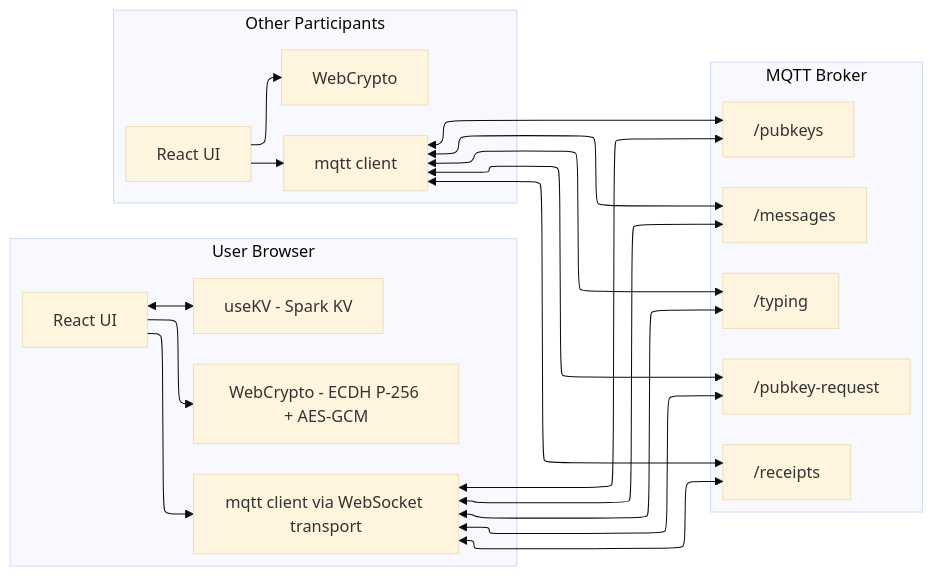
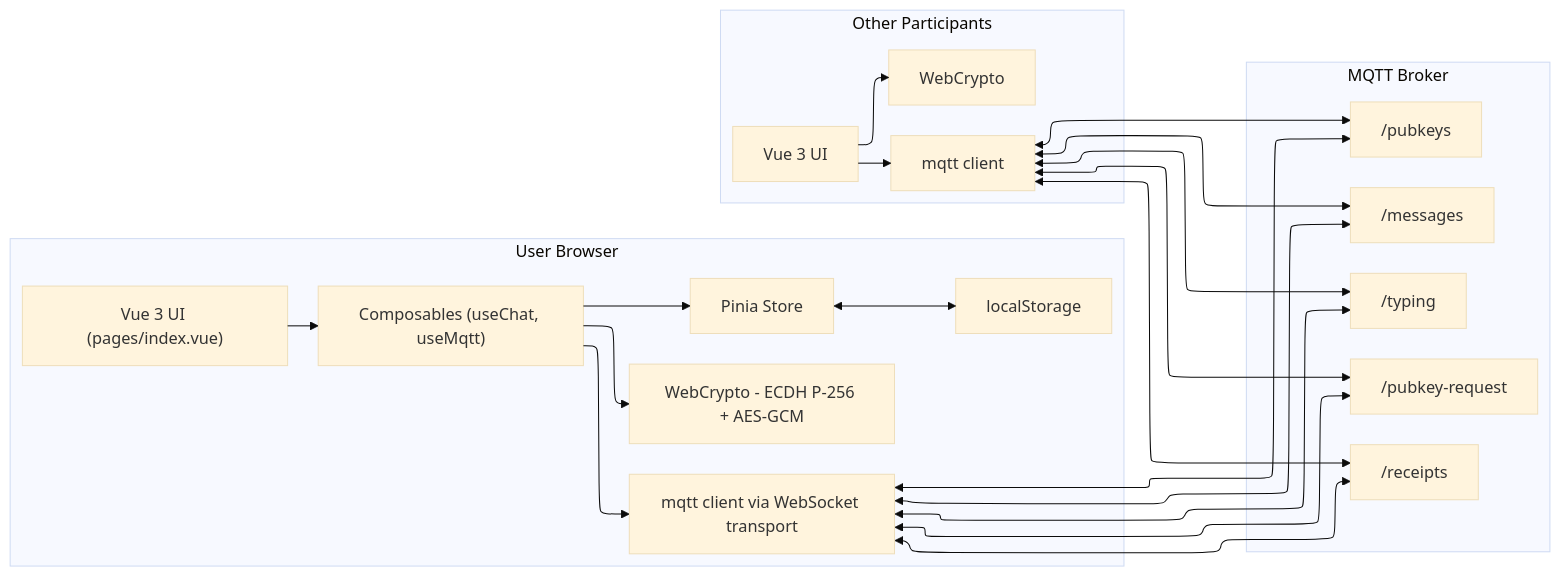
Before and after one commit to daveio/chat: the fourth of 5 diagrams in .github/copilot-instructions.md, drawn with Mermaid (base theme). The commit also changed other lines of this file, not shown here.

First line of the commit message:
📝 (.github): update copilot instructions for Nuxt/Vue architecture

````diff
--- a/.github/copilot-instructions.md
+++ b/.github/copilot-instructions.md
@@ -577,31 +604,35 @@
 ```mermaid
 ---
 config:
   layout: elk
 id: e423e91c-58d1-4d5e-9bf1-812d33e9d598
 ---
 flowchart LR
  subgraph Browser["User Browser"]
-        UI["React UI"]
-        KV["useKV - Spark KV"]
+        UI["Vue 3 UI (pages/index.vue)"]
+        Store["Pinia Store"]
+        Composables["Composables (useChat, useMqtt)"]
         Crypto["WebCrypto - ECDH P-256 + AES-GCM"]
         MQTTClient["mqtt client via WebSocket transport"]
+        Storage["localStorage"]
   end
  subgraph Broker["MQTT Broker"]
         T1["/messages"]
         T2["/typing"]
         T3["/pubkeys"]
         T4["/pubkey-request"]
         T5["/receipts"]
   end
  subgraph OtherBrowsers["Other Participants"]
-        PeerUI["React UI"]
+        PeerUI["Vue 3 UI"]
         PeerCrypto["WebCrypto"]
         PeerMQTT["mqtt client"]
   end
-    UI --> Crypto & MQTTClient
-    UI <--> KV
+    UI --> Composables
+    Composables --> Store
+    Composables --> Crypto & MQTTClient
+    Store <--> Storage
     MQTTClient <--> T1 & T2 & T3 & T4 & T5
     PeerUI --> PeerCrypto & PeerMQTT
     PeerMQTT <--> T1 & T2 & T3 & T4 & T5
 ```
````
